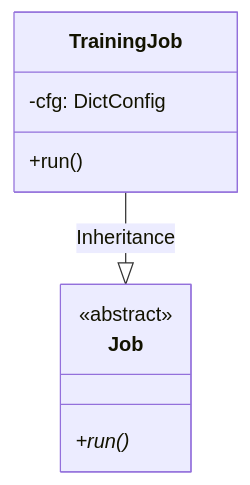
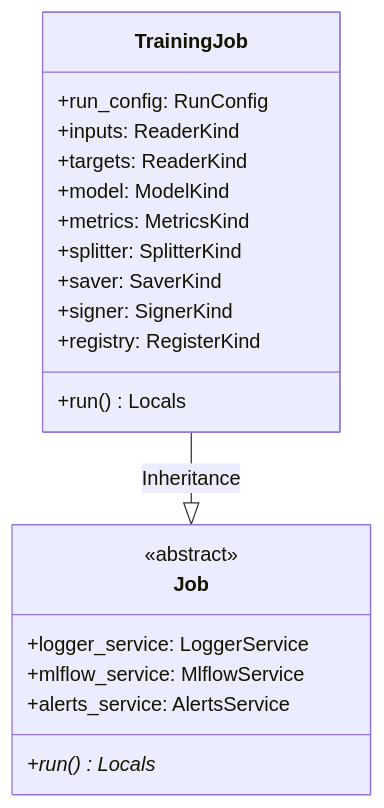
Before and after one commit to lgcorzo/mlops-python-package: the diagram in openwiki/modules/regression_model_template/jobs/training.md, drawn with Mermaid. The commit also changed other lines of this file and 3 other files, not shown here.

````diff
--- a/openwiki/modules/regression_model_template/jobs/training.md
+++ b/openwiki/modules/regression_model_template/jobs/training.md
@@ -26,14 +26,25 @@
 ```mermaid
 classDiagram
     direction BT
     class Job {
         <<abstract>>
-        +run()*
+        +logger_service: LoggerService
+        +mlflow_service: MlflowService
+        +alerts_service: AlertsService
+        +run()* Locals
     }
     class TrainingJob {
-        -cfg: DictConfig
-        +run()
+        +run_config: RunConfig
+        +inputs: ReaderKind
+        +targets: ReaderKind
+        +model: ModelKind
+        +metrics: MetricsKind
+        +splitter: SplitterKind
+        +saver: SaverKind
+        +signer: SignerKind
+        +registry: RegisterKind
+        +run() Locals
     }
 
     Job <|-- TrainingJob : Inheritance
 ```
````
